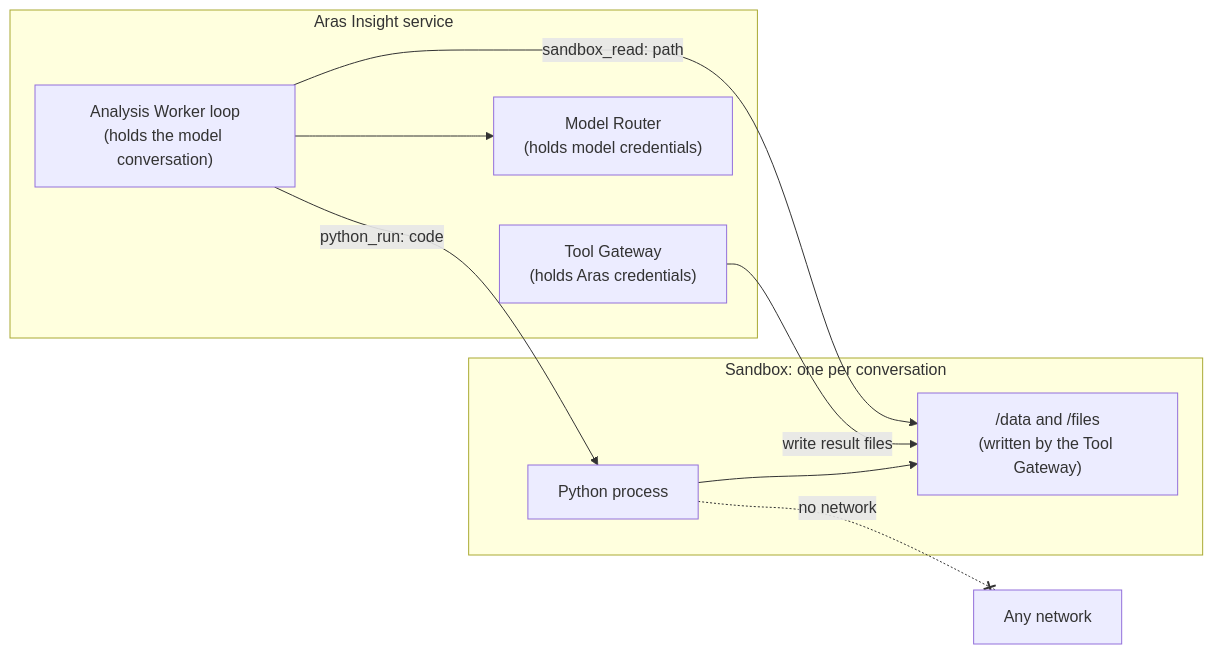
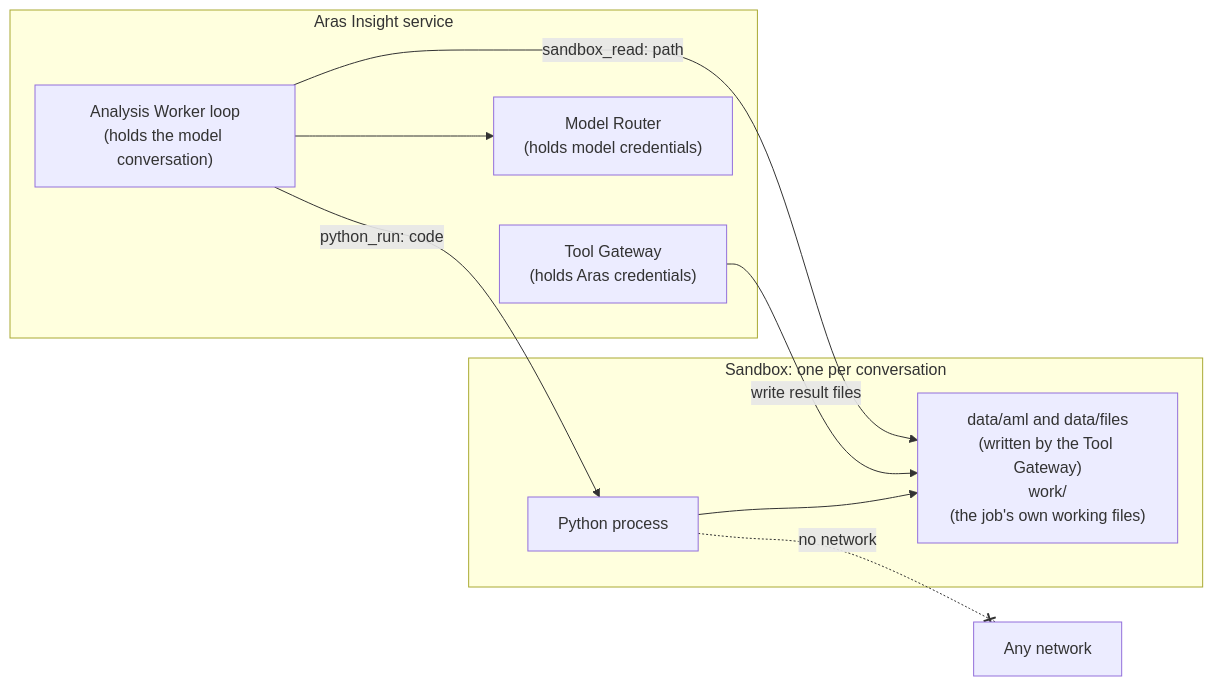
One commit to omkarbhale/aras-insight changed the second of 2 diagrams in docs/architecture/security-and-permissions.md. Above: the diagram before and after it, drawn with Mermaid. The commit also changed other lines of this file and 99 other files, not shown here.

````diff
--- a/docs/architecture/security-and-permissions.md
+++ b/docs/architecture/security-and-permissions.md
@@ -91,18 +94,18 @@
 ```mermaid
 flowchart LR
     subgraph svc["Aras Insight service"]
         loop["Analysis Worker loop<br/>(holds the model conversation)"]
         gw["Tool Gateway<br/>(holds Aras credentials)"]
         router["Model Router<br/>(holds model credentials)"]
     end
     subgraph sbx["Sandbox: one per conversation"]
         py["Python process"]
-        files["/data and /files<br/>(written by the Tool Gateway)"]
+        files["data/aml and data/files<br/>(written by the Tool Gateway)<br/>work/<br/>(the job's own working files)"]
     end
     loop -->|"python_run: code"| py
     loop -->|"sandbox_read: path"| files
     gw -->|"write result files"| files
     py --> files
     py -.-x|"no network"| net["Any network"]
     loop --> router
 ```
````
